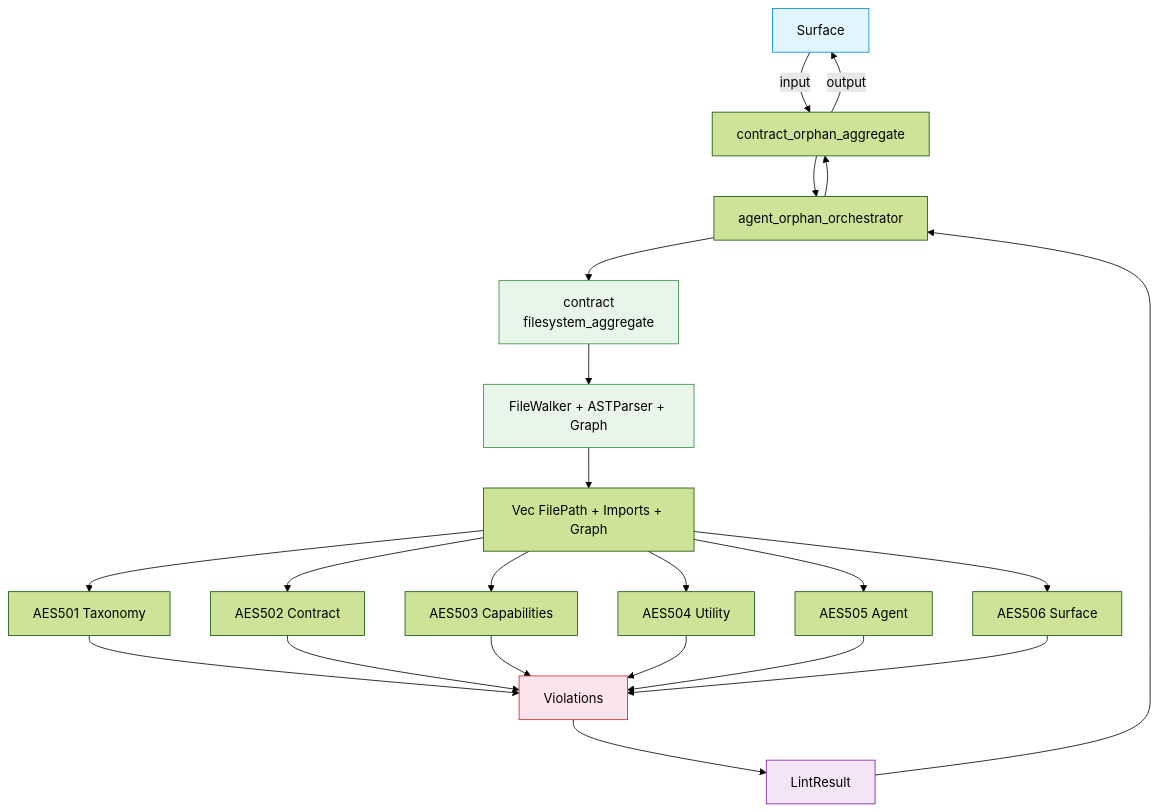
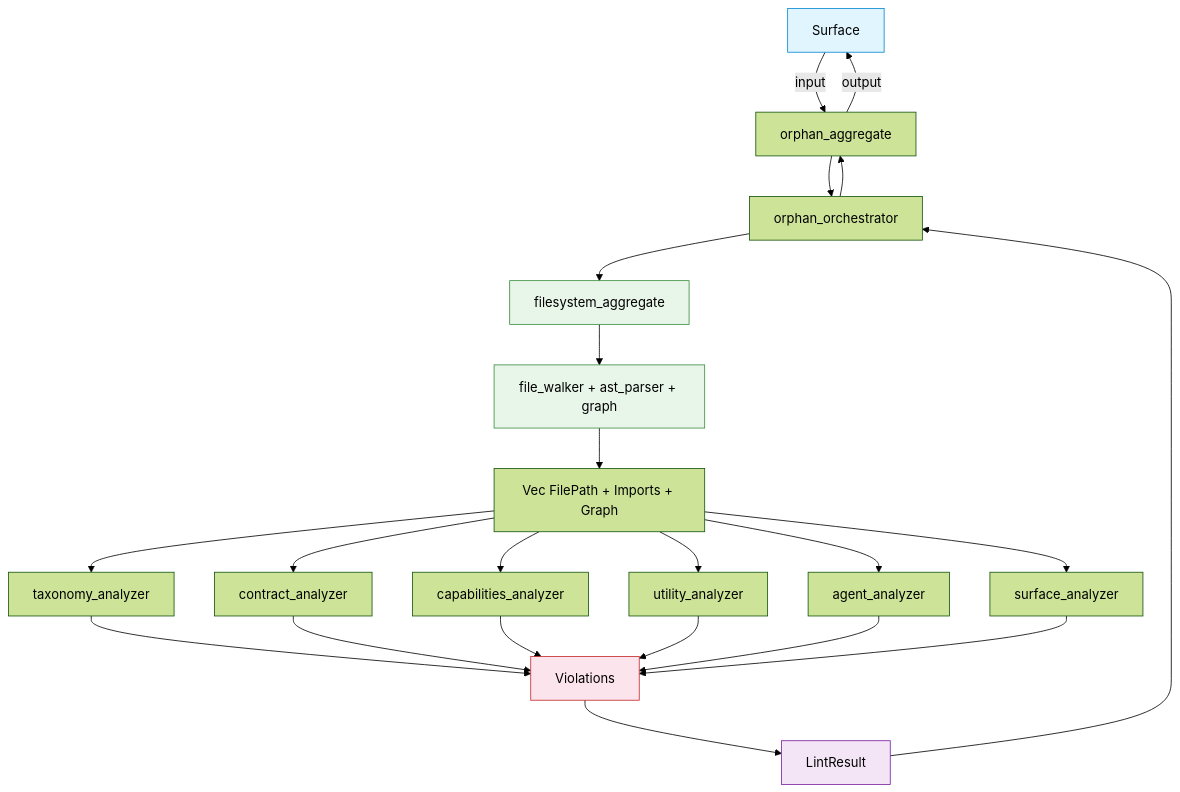
One commit to rakaarwaky/lint-arwaky changed the diagram in crates/orphan-detector/FRD.md. Above: the diagram before and after it, drawn with Mermaid (forest theme). The commit also changed other lines of this file and 4 other files, not shown here.

First line of the commit message:
docs: align all 5 FRD mermaid to clean naming style

````diff
--- a/crates/orphan-detector/FRD.md
+++ b/crates/orphan-detector/FRD.md
@@ -9,31 +9,30 @@
 ```mermaid
 flowchart TD
-    A["Surface"] -->|input| B["contract_orphan_aggregate"]
-    B --> C["agent_orphan_orchestrator"]
-    C --> D["contract
-            filesystem_aggregate"]
-    D --> E["FileWalker + ASTParser + Graph"]
+    A["Surface"] -->|input| B["orphan_aggregate"]
+    B --> C["orphan_orchestrator"]
+    C --> D["filesystem_aggregate"]
+    D --> E["file_walker + ast_parser + graph"]
     E --> G["Vec FilePath + Imports + Graph"]
-    G --> H1["AES501 Taxonomy"]
-    G --> H2["AES502 Contract"]
-    G --> H3["AES503 Capabilities"]
-    G --> H4["AES504 Utility"]
-    G --> H5["AES505 Agent"]
-    G --> H6["AES506 Surface"]
+    G --> H1["taxonomy_analyzer"]
+    G --> H2["contract_analyzer"]
+    G --> H3["capabilities_analyzer"]
+    G --> H4["utility_analyzer"]
+    G --> H5["agent_analyzer"]
+    G --> H6["surface_analyzer"]
     H1 --> I["Violations"]
     H2 --> I
     H3 --> I
     H4 --> I
     H5 --> I
     H6 --> I
     I --> J["LintResult"]
     J --> C
     C --> B
     B -->|output| A
 
     style A fill:#e1f5fe,stroke:#0288d1
     style D fill:#e8f5e9,stroke:#388e3c
     style E fill:#e8f5e9,stroke:#388e3c
     style I fill:#fce4ec,stroke:#c62828
     style J fill:#f3e5f5,stroke:#7b1fa2
 ```
````
